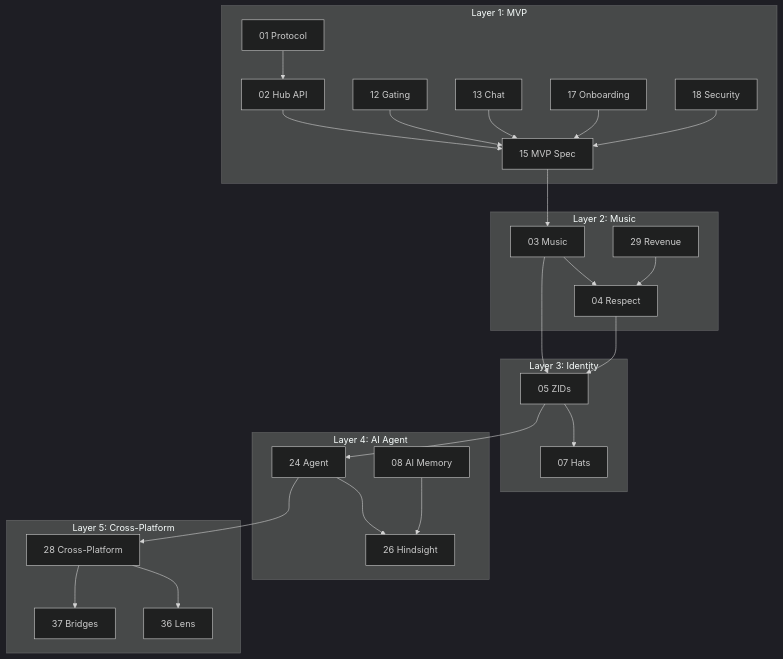
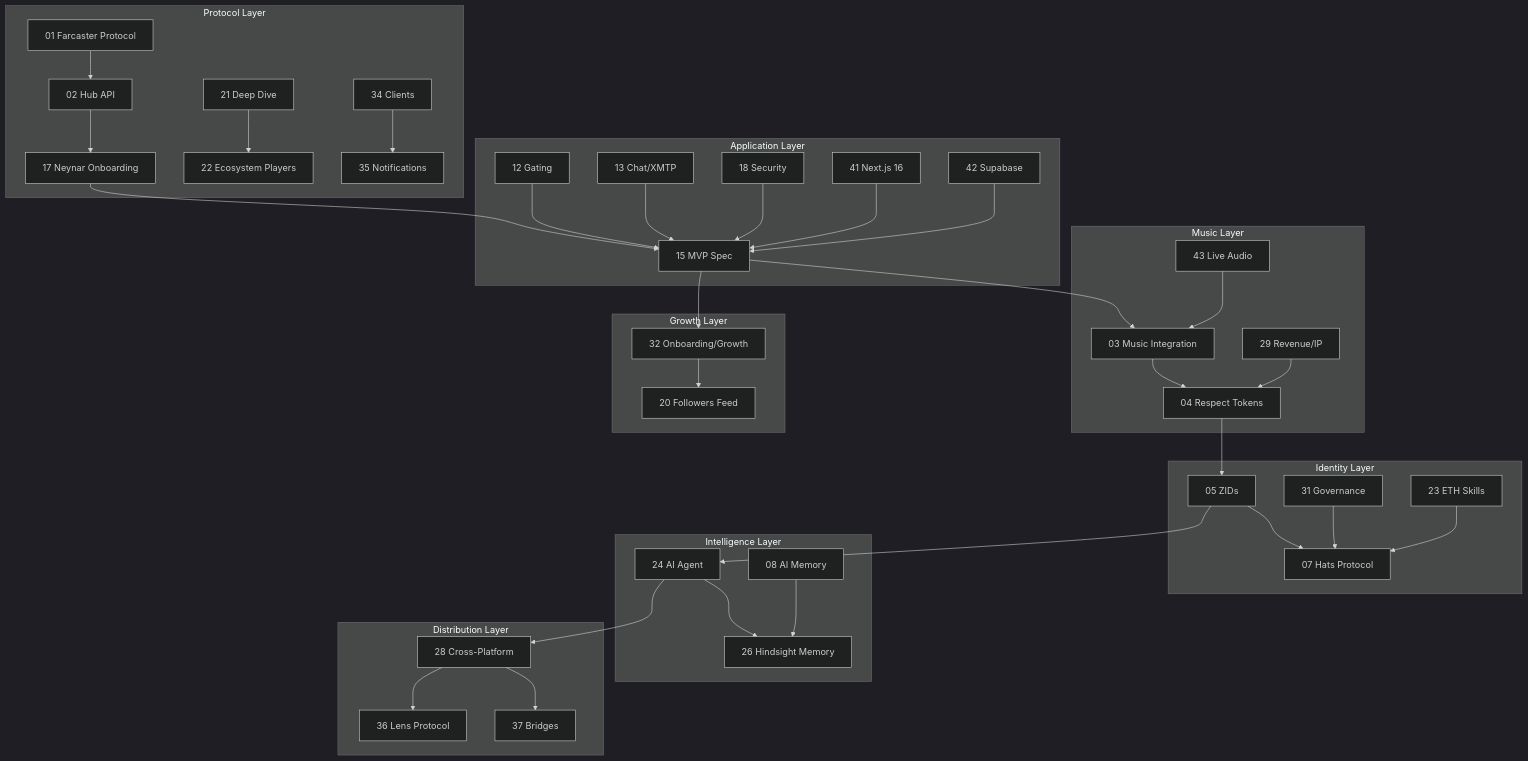
Before and after one commit to bettercallzaal/ZAOOS: the diagram in research/README.md, drawn with Mermaid (dark theme). The commit also changed other lines of this file, not shown here.

````diff
--- a/research/README.md
+++ b/research/README.md
@@ -95,36 +153,49 @@
 ```mermaid
 graph TD
-    subgraph "Layer 1: MVP"
-        A[01 Protocol] --> B[02 Hub API]
-        B --> C[15 MVP Spec]
-        D[12 Gating] --> C
-        E[13 Chat] --> C
-        F[17 Onboarding] --> C
-        G[18 Security] --> C
+    subgraph "Protocol Layer"
+        A[01 Farcaster Protocol] --> B[02 Hub API]
+        B --> C[17 Neynar Onboarding]
+        D[21 Deep Dive] --> E[22 Ecosystem Players]
+        F[34 Clients] --> G[35 Notifications]
     end
 
-    subgraph "Layer 2: Music"
-        H[03 Music] --> I[04 Respect]
-        J[29 Revenue] --> I
+    subgraph "Application Layer"
+        C --> H[15 MVP Spec]
+        I[12 Gating] --> H
+        J[13 Chat/XMTP] --> H
+        K[18 Security] --> H
+        L[41 Next.js 16] --> H
+        M[42 Supabase] --> H
     end
 
-    subgraph "Layer 3: Identity"
-        K[05 ZIDs] --> L[07 Hats]
-        I --> K
+    subgraph "Music Layer"
+        H --> N[03 Music Integration]
+        N --> O[04 Respect Tokens]
+        P[29 Revenue/IP] --> O
+        Q[43 Live Audio] --> N
     end
 
-    subgraph "Layer 4: AI Agent"
-        M[24 Agent] --> N[26 Hindsight]
-        O[08 AI Memory] --> N
+    subgraph "Identity Layer"
+        O --> R[05 ZIDs]
+        R --> S[07 Hats Protocol]
+        T[31 Governance] --> S
+        U[23 ETH Skills] --> S
     end
 
-    subgraph "Layer 5: Cross-Platform"
-        P[28 Cross-Platform] --> Q[36 Lens]
-        P --> R[37 Bridges]
+    subgraph "Intelligence Layer"
+        R --> V[24 AI Agent]
+        V --> W[26 Hindsight Memory]
+        X[08 AI Memory] --> W
     end
 
-    C --> H
-    H --> K
-    K --> M
-    M --> P
+    subgraph "Distribution Layer"
+        V --> Y[28 Cross-Platform]
+        Y --> Z[36 Lens Protocol]
+        Y --> AA[37 Bridges]
+    end
+
+    subgraph "Growth Layer"
+        H --> AB[32 Onboarding/Growth]
+        AB --> AC[20 Followers Feed]
+    end
 ```
````
